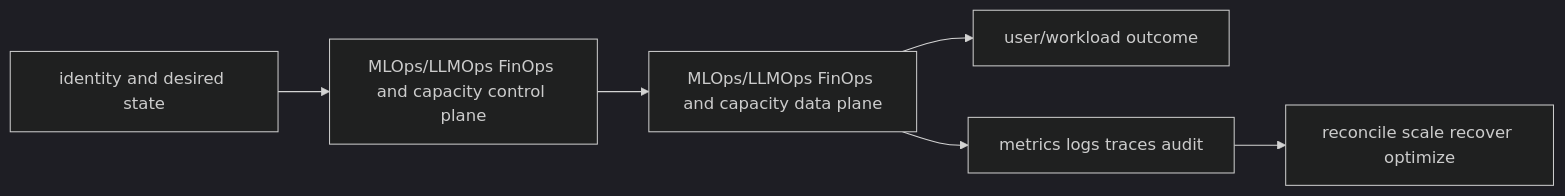
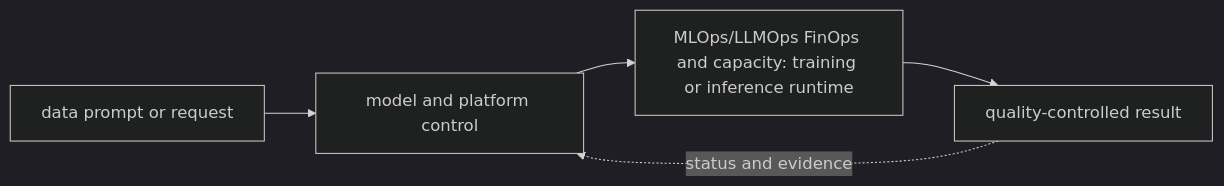
One commit to tomkidumbuyo/DevOps-interview-preparation changed the diagram in 11-ai-platform/08-mlops-and-llmops-lifecycle/26-ai-finops-capacity/README.md. Above: the diagram before and after it, drawn with Mermaid (dark theme). The commit also changed other lines of this file and 753 other files, not shown here.

````diff
--- a/11-ai-platform/08-mlops-and-llmops-lifecycle/26-ai-finops-capacity/README.md
+++ b/11-ai-platform/08-mlops-and-llmops-lifecycle/26-ai-finops-capacity/README.md
@@ -19,8 +31,7 @@
 ```mermaid
 flowchart LR
-  I[identity and desired state] --> C[MLOps/LLMOps FinOps and capacity control plane]
-  C --> D[MLOps/LLMOps FinOps and capacity data plane]
-  D --> U[user/workload outcome]
-  D --> O[metrics logs traces audit]
-  O --> R[reconcile scale recover optimize]
+  A["data prompt or request"] --> B["model and platform control"]
+  B --> C["MLOps/LLMOps FinOps and capacity: training or inference runtime"]
+  C --> D["quality-controlled result"]
+  D -. "status and evidence" .-> B
 ```
````
